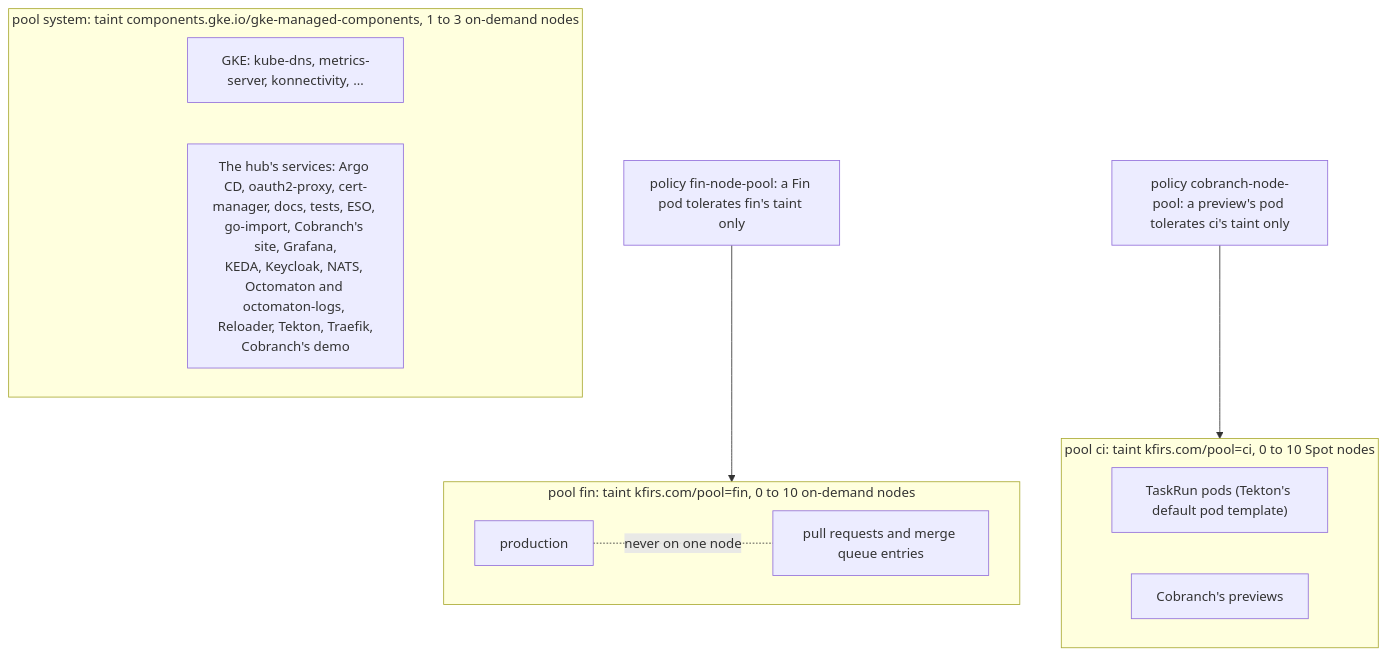
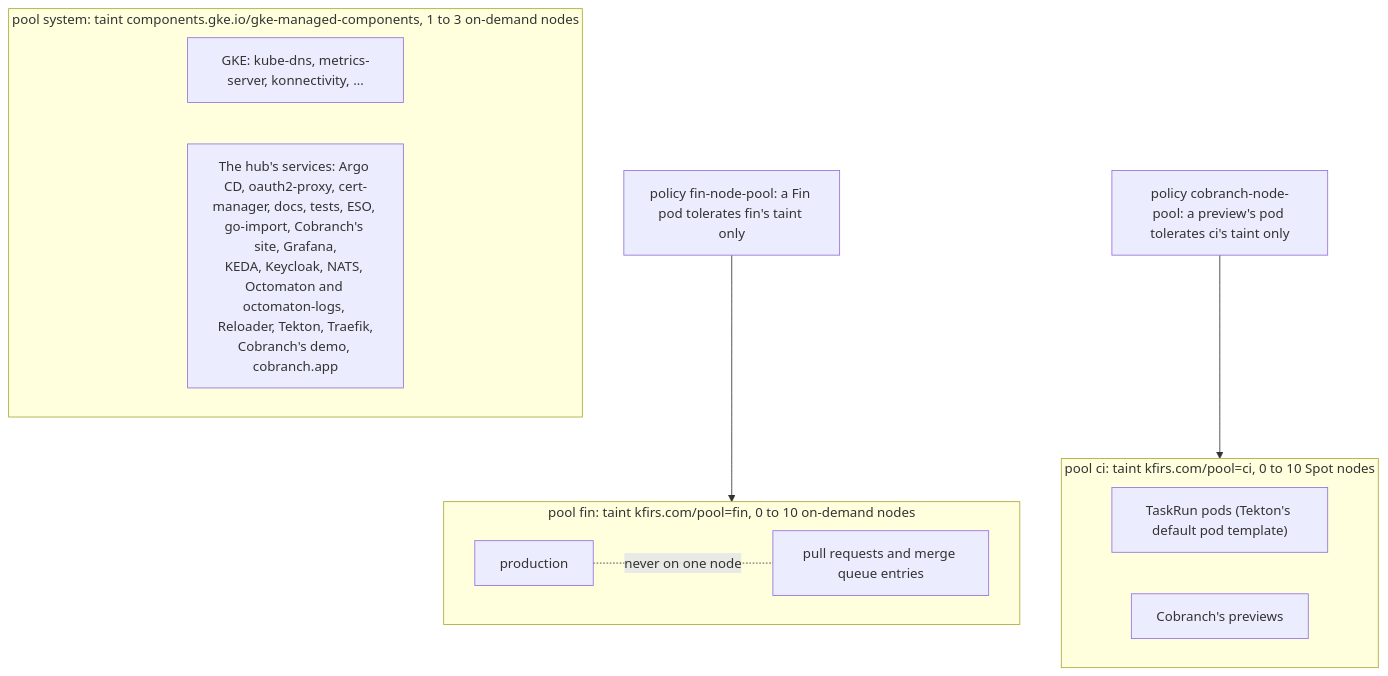
Before and after one commit to arikkfir-org/delivery: the diagram in docs/delivery/designs/node-pools.md, drawn with Mermaid. The commit also changed other lines of this file and 22 other files, not shown here.

First line of the commit message:
feat(cobranch-app): run cobranch.app from cobranch's main

````diff
--- a/docs/delivery/designs/node-pools.md
+++ b/docs/delivery/designs/node-pools.md
@@ -19,18 +19,18 @@
 ```mermaid
 flowchart TB
   subgraph system["pool system: taint components.gke.io/gke-managed-components, 1 to 3 on-demand nodes"]
     GKE["GKE: kube-dns, metrics-server, konnectivity, …"]
-    Hub["The hub's services: Argo CD, oauth2-proxy, cert-manager, docs, tests, ESO, go-import, Cobranch's site, Grafana,<br/>KEDA, Keycloak, NATS, Octomaton and octomaton-logs, Reloader, Tekton, Traefik,<br/>Cobranch's demo"]
+    Hub["The hub's services: Argo CD, oauth2-proxy, cert-manager, docs, tests, ESO, go-import, Cobranch's site, Grafana,<br/>KEDA, Keycloak, NATS, Octomaton and octomaton-logs, Reloader, Tekton, Traefik,<br/>Cobranch's demo, cobranch.app"]
   end
   subgraph ci["pool ci: taint kfirs.com/pool=ci, 0 to 10 Spot nodes"]
     Runs["TaskRun pods (Tekton's default pod template)"]
     Previews["Cobranch's previews"]
   end
   subgraph fin["pool fin: taint kfirs.com/pool=fin, 0 to 10 on-demand nodes"]
     Prod["production"]
     PRs["pull requests and merge queue entries"]
   end
   Prod -. "never on one node" .- PRs
   Policy["policy fin-node-pool: a Fin pod tolerates fin's taint only"] --> fin
   PolicyDH["policy cobranch-node-pool: a preview's pod tolerates ci's taint only"] --> ci
 ```
````
